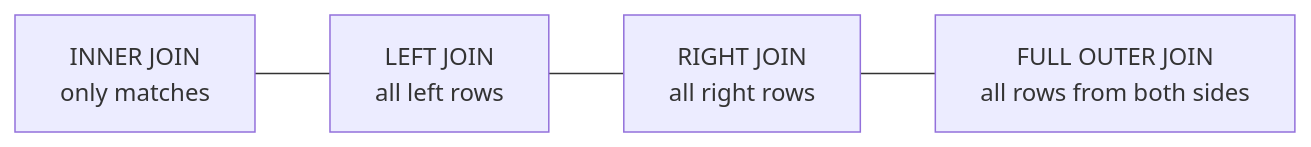
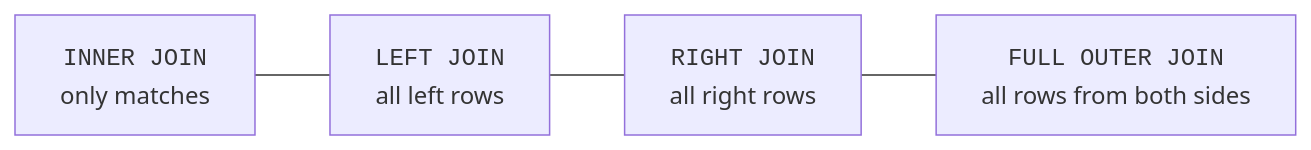
The fourth of 4 diagrams in content/learn/sqlite-for-beginners/outer-joins.mdx (dataslope/dataslope), drawn with Mermaid before and after one commit. The commit also changed other lines of this file and 100 other files, not shown here.

First line of the commit message:
Wrap mermaid expressions, SQL, edge labels & entity names in monospace `<code>` (#473)

````diff
--- a/content/learn/sqlite-for-beginners/outer-joins.mdx
+++ b/content/learn/sqlite-for-beginners/outer-joins.mdx
@@ -206,6 +206,6 @@
 ```mermaid
 flowchart LR
-    I["INNER JOIN<br/>only matches"] --- L["LEFT JOIN<br/>all left rows"]
-    L --- R["RIGHT JOIN<br/>all right rows"]
-    R --- F["FULL OUTER JOIN<br/>all rows from both sides"]
+    I["<code>INNER JOIN</code><br/>only matches"] --- L["<code>LEFT JOIN</code><br/>all left rows"]
+    L --- R["<code>RIGHT JOIN</code><br/>all right rows"]
+    R --- F["<code>FULL OUTER JOIN</code><br/>all rows from both sides"]
 ```
````
